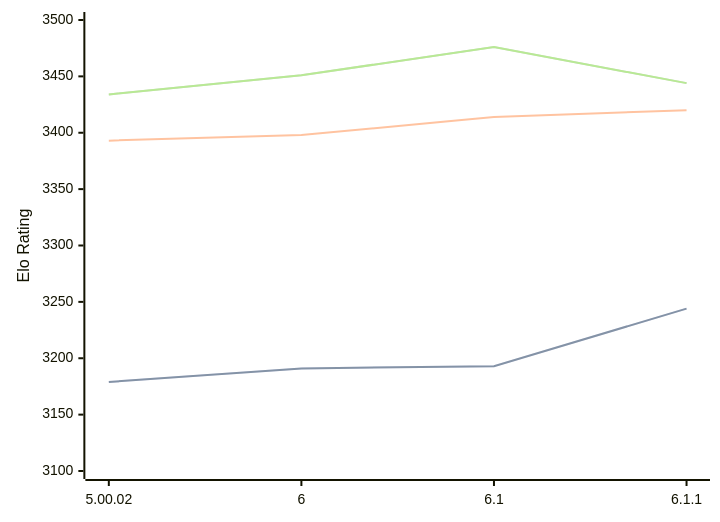
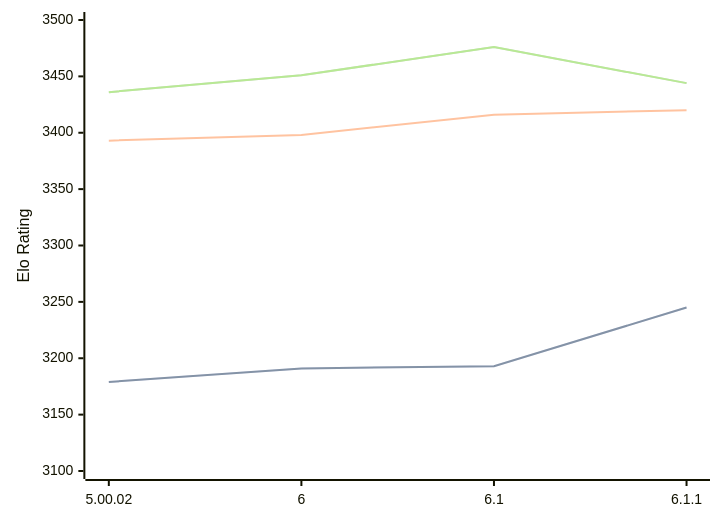
One commit to computer-chess-index/cci changed the diagram in engines/Zangdar.md. Above: the diagram before and after it, drawn with Mermaid. The commit also changed other lines of this file, not shown here.

Commit message:
Update CCI Ratings (ELO VLTC) - 2026-05-03

````diff
--- a/engines/Zangdar.md
+++ b/engines/Zangdar.md
@@ -46,11 +46,11 @@
 ```mermaid
 %%{init: {"theme":"base","themeVariables":{"seriesColors:['#a3a3a3','#222221','#faa371']}}}%%
 xychart-beta
   x-axis ["5.00.02", "6", "6.1", "6.1.1"]
   y-axis "Elo Rating" 3100 --> 3500
-  line "STC (8.0+0.08s)" [3179, 3191, 3193, 3244]
-  line "STC (8.0+0.08s)" [3179, 3191, 3193, 3244]
-  line "LTC (60.0+0.60s)" [3393, 3398, 3414, 3420]
-  line "VLTC (2m24s+1.12s)" [3434, 3451, 3476, 3444]
-  line "VLTC (2m24s+1.12s)" [3434, 3451, 3476, 3444]
+  line "STC (8.0+0.08s)" [3179, 3191, 3193, 3245]
+  line "STC (8.0+0.08s)" [3179, 3191, 3193, 3245]
+  line "LTC (60.0+0.60s)" [3393, 3398, 3416, 3420]
+  line "VLTC (2m24s+1.12s)" [3436, 3451, 3476, 3444]
+  line "VLTC (2m24s+1.12s)" [3436, 3451, 3476, 3444]
 ```
````
